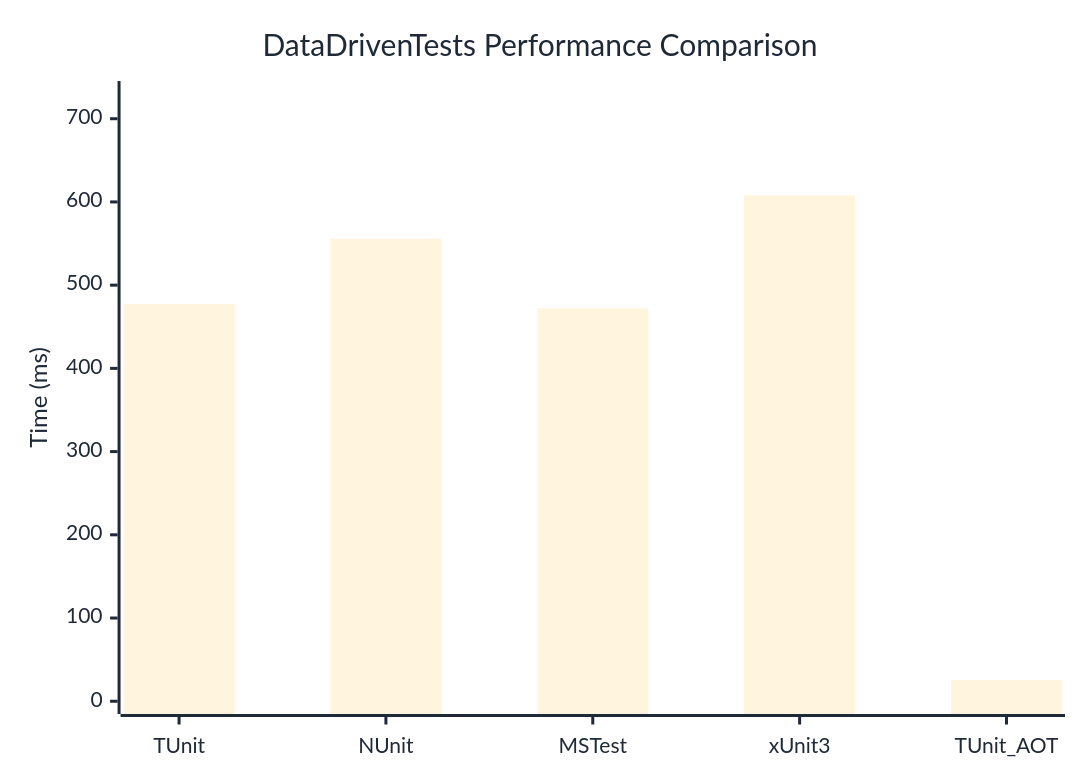
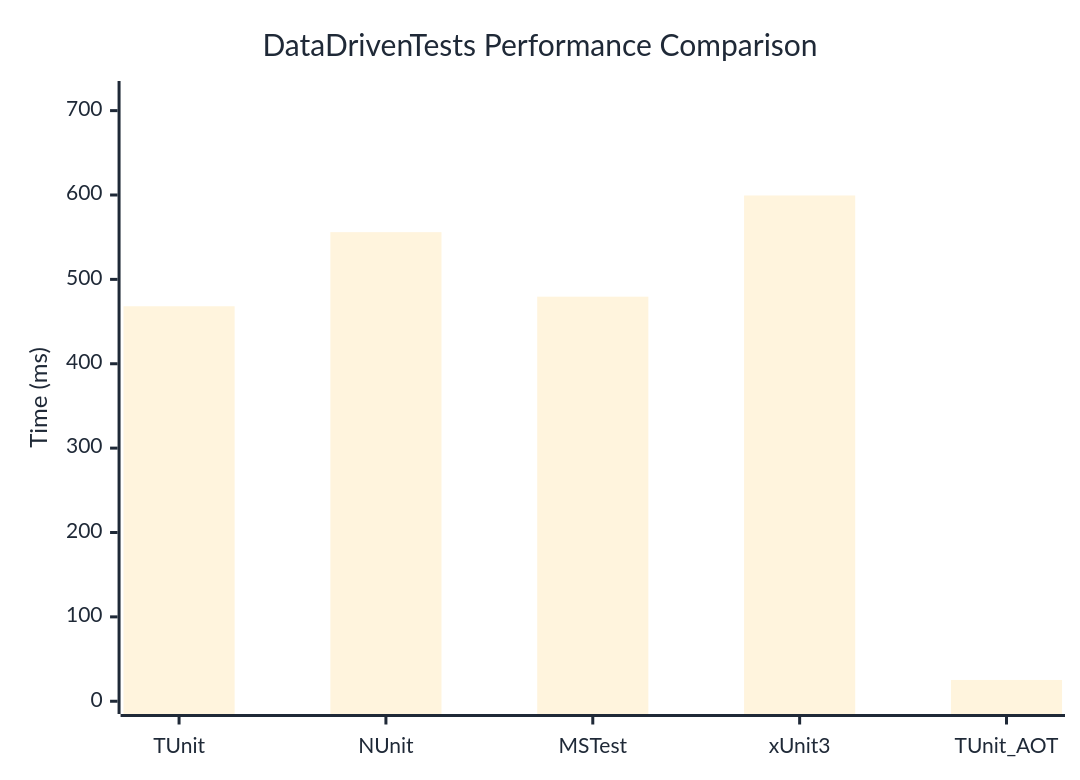
One commit to thomhurst/TUnit changed the diagram in docs/docs/benchmarks/DataDrivenTests.md. Above: the diagram before and after it, drawn with Mermaid. The commit also changed other lines of this file and 17 other files, not shown here.

````diff
--- a/docs/docs/benchmarks/DataDrivenTests.md
+++ b/docs/docs/benchmarks/DataDrivenTests.md
@@ -27,37 +27,37 @@
 ```mermaid
 %%{init: {
   'theme':'base',
   'themeVariables': {
     'primaryColor': '#2563eb',
     'primaryTextColor': '#1f2937',
     'primaryBorderColor': '#1e40af',
     'lineColor': '#6b7280',
     'secondaryColor': '#7c3aed',
     'tertiaryColor': '#dc2626',
     'background': '#ffffff',
     'mainBkg': '#2563eb',
     'secondBkg': '#7c3aed',
     'tertiaryBkg': '#dc2626',
     'clusterBkg': '#f3f4f6',
     'edgeLabelBackground': '#ffffff',
     'tertiaryTextColor': '#1f2937',
     'pie1': '#2563eb',
     'pie2': '#7c3aed',
     'pie3': '#dc2626',
     'pie4': '#f59e0b',
     'pie5': '#10b981',
     'pie6': '#06b6d4',
     'pie7': '#ec4899',
     'pie8': '#6366f1',
     'pie9': '#84cc16',
     'pie10': '#f97316',
     'pie11': '#14b8a6',
     'pie12': '#a855f7'
   }
 }}%%
 xychart-beta
   title "DataDrivenTests Performance Comparison"
   x-axis ["TUnit", "NUnit", "MSTest", "xUnit3", "TUnit_AOT"]
-  y-axis "Time (ms)" 0 --> 730
-  bar [477.27, 555.7, 472.16, 607.82, 25.42]
+  y-axis "Time (ms)" 0 --> 720
+  bar [468.14, 555.95, 479.49, 599.43, 25.24]
 ```
````
